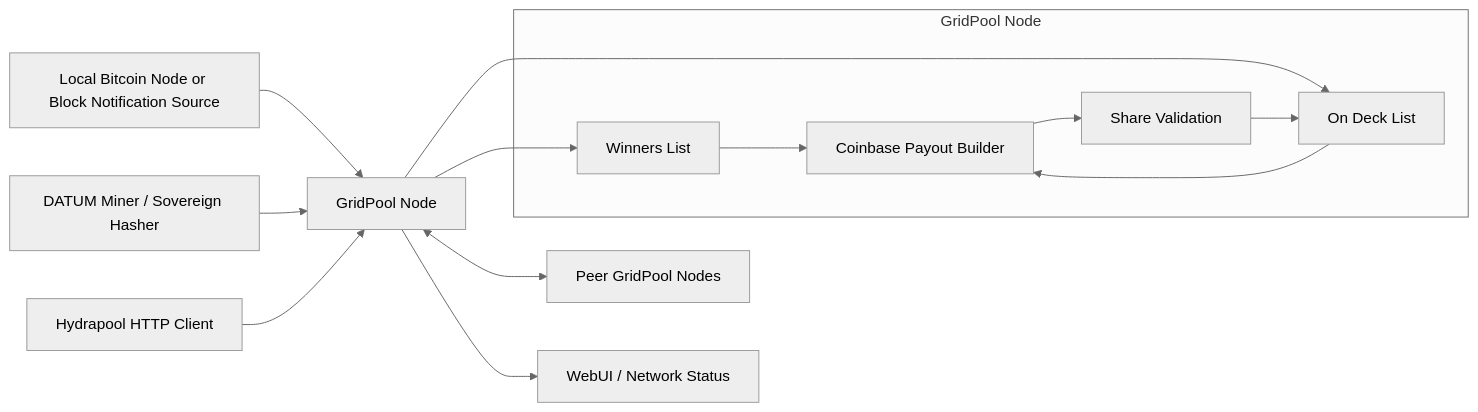
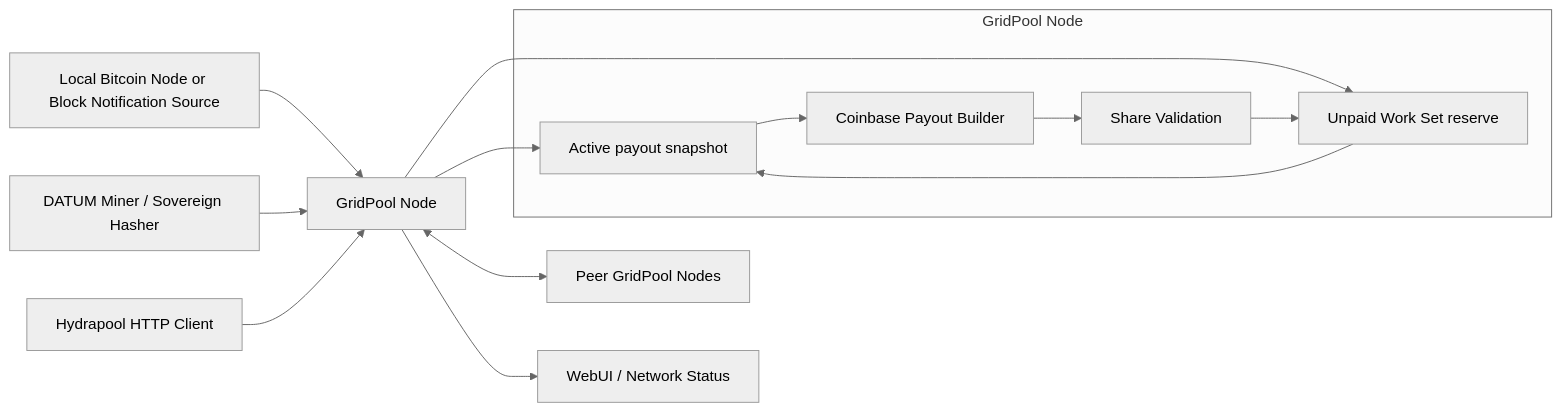
One commit to gridlabs-science/gridpool-blake2b changed the first of 2 diagrams in docs/256-foundation-architecture.md. Above: the diagram before and after it, drawn with Mermaid (neutral theme). The commit also changed other lines of this file and 4 other files, not shown here.

````diff
--- a/docs/256-foundation-architecture.md
+++ b/docs/256-foundation-architecture.md
@@ -12,17 +12,17 @@
 ```mermaid
 flowchart LR
     A[Local Bitcoin Node or Block Notification Source] --> B[GridPool Node]
     C[DATUM Miner / Sovereign Hasher] --> B
     D[Hydrapool HTTP Client] --> B
     B <--> E[Peer GridPool Nodes]
-    B --> F[Winners List]
-    B --> G[On Deck List]
+    B --> F[Active payout snapshot]
+    B --> G[Unpaid Work Set reserve]
     B --> H[WebUI / Network Status]
 
     subgraph GridPool Node
+        G --> F
         F --> I[Coinbase Payout Builder]
-        G --> I
         I --> J[Share Validation]
         J --> G
     end
 ```
````
